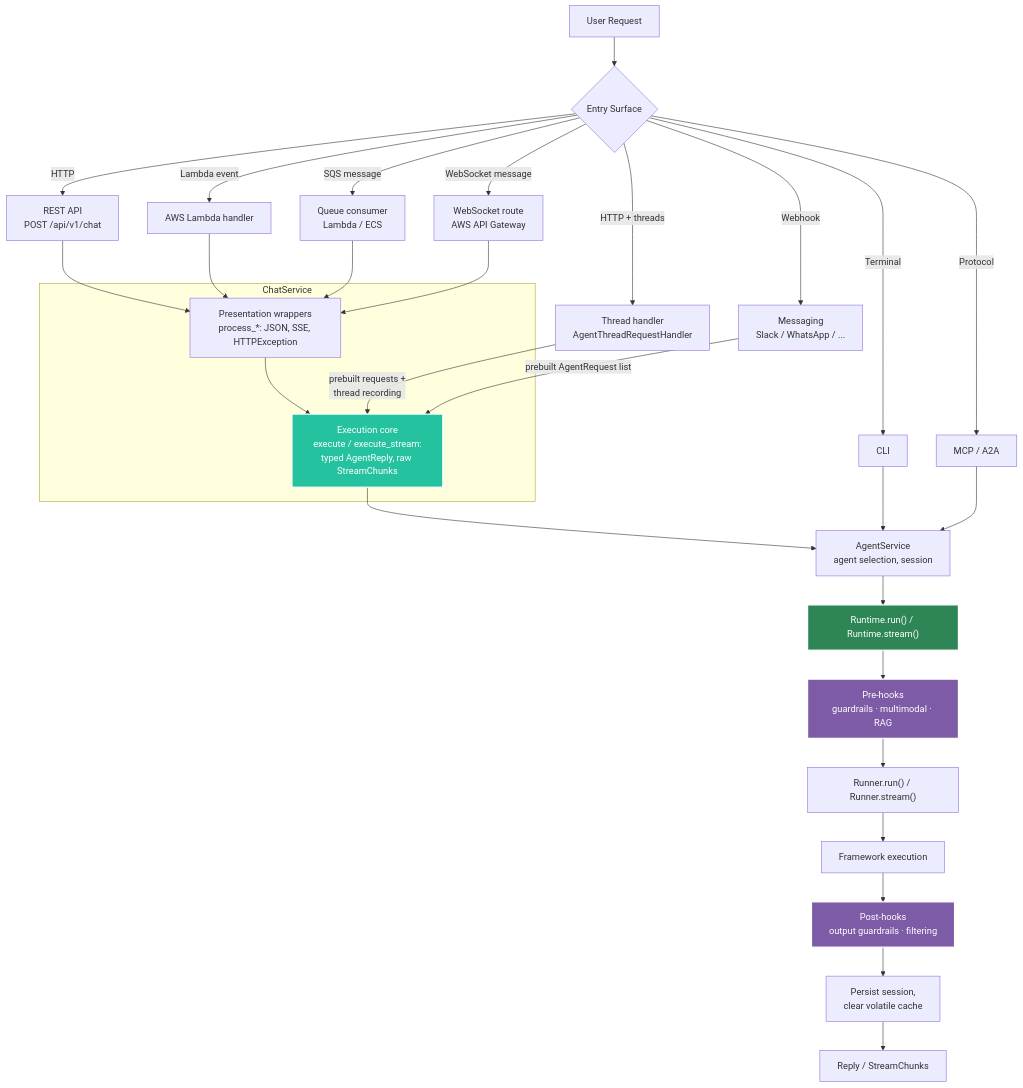
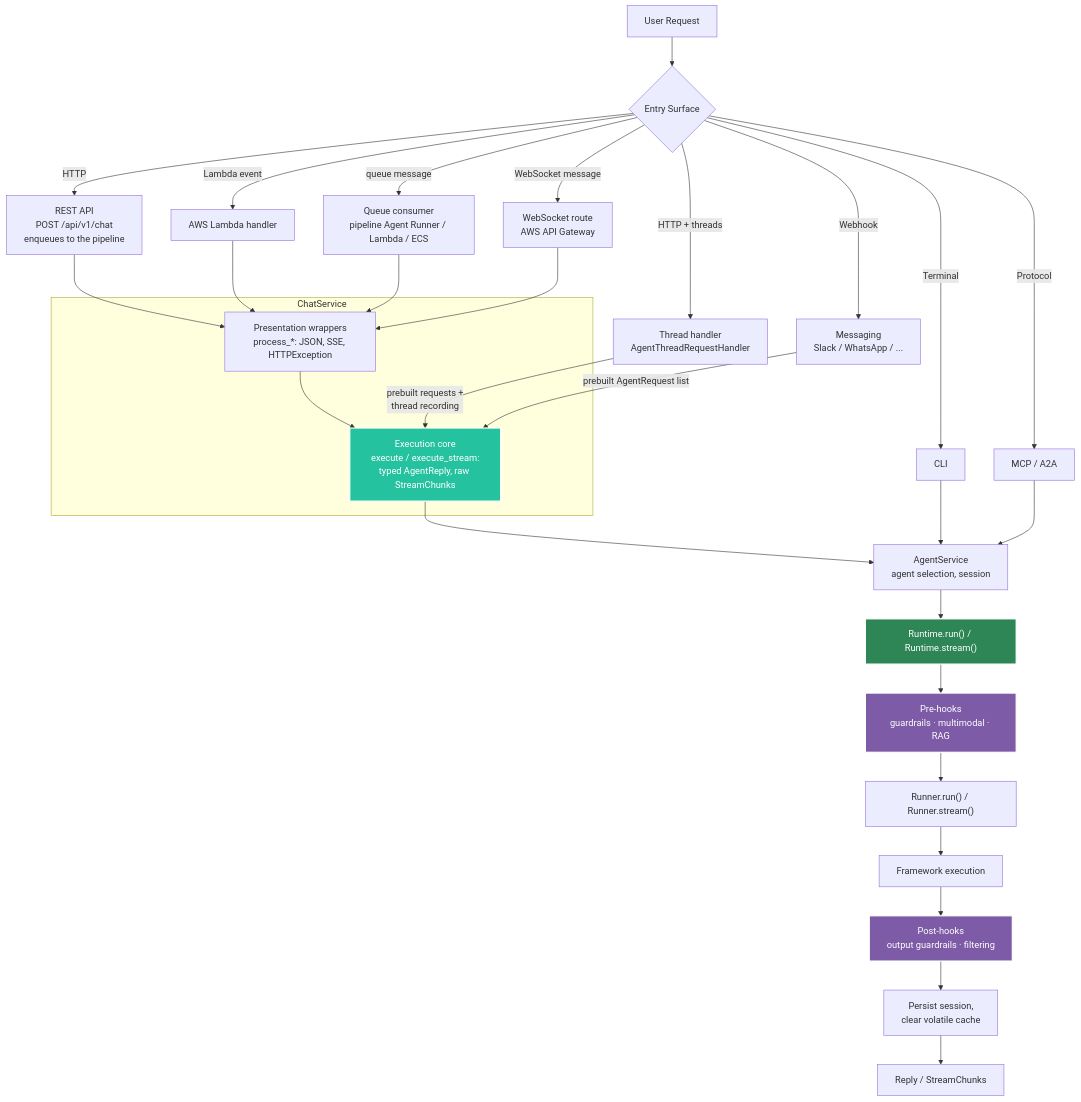
Before and after one commit to yaalalabs/agent-kernel: the first of 8 diagrams in docs/docs/architecture/execution-flow.md, drawn with Mermaid. The commit also changed other lines of this file and 34 other files, not shown here.

````diff
--- a/docs/docs/architecture/execution-flow.md
+++ b/docs/docs/architecture/execution-flow.md
@@ -13,43 +13,43 @@
 ```mermaid
 graph TD
     A[User Request] --> B{Entry Surface}
     B -->|Terminal| C[CLI]
-    B -->|HTTP| D[REST API<br/>POST /api/v1/chat]
+    B -->|HTTP| D[REST API<br/>POST /api/v1/chat<br/>enqueues to the pipeline]
     B -->|HTTP + threads| TH[Thread handler<br/>AgentThreadRequestHandler]
     B -->|Lambda event| E[AWS Lambda handler]
-    B -->|SQS message| Q[Queue consumer<br/>Lambda / ECS]
+    B -->|queue message| Q[Queue consumer<br/>pipeline Agent Runner / Lambda / ECS]
     B -->|WebSocket message| F[WebSocket route<br/>AWS API Gateway]
     B -->|Protocol| P[MCP / A2A]
     B -->|Webhook| MSG[Messaging<br/>Slack / WhatsApp / ...]
 
     subgraph CS[ChatService]
         PRES["Presentation wrappers<br/>process_*: JSON, SSE, HTTPException"]
         CORE["Execution core<br/>execute / execute_stream:<br/>typed AgentReply, raw StreamChunks"]
     end
 
     D --> PRES
     E --> PRES
     Q --> PRES
     F --> PRES
     PRES --> CORE
     TH -->|"prebuilt requests +<br/>thread recording"| CORE
     MSG -->|"prebuilt AgentRequest list"| CORE
 
     AS["AgentService<br/>agent selection, session"]
     CORE --> AS
     C --> AS
     P --> AS
 
     AS --> H["Runtime.run() / Runtime.stream()"]
     H --> I[Pre-hooks<br/>guardrails · multimodal · RAG]
     I --> J["Runner.run() / Runner.stream()"]
     J --> K[Framework execution]
     K --> L[Post-hooks<br/>output guardrails · filtering]
     L --> M[Persist session,<br/>clear volatile cache]
     M --> N[Reply / StreamChunks]
 
     style H fill:#2e8555,stroke:#fff,stroke-width:2px,color:#fff
     style I fill:#7d5ba6,stroke:#fff,stroke-width:2px,color:#fff
     style L fill:#7d5ba6,stroke:#fff,stroke-width:2px,color:#fff
     style CORE fill:#25c2a0,stroke:#fff,stroke-width:2px,color:#fff
 ```
````
